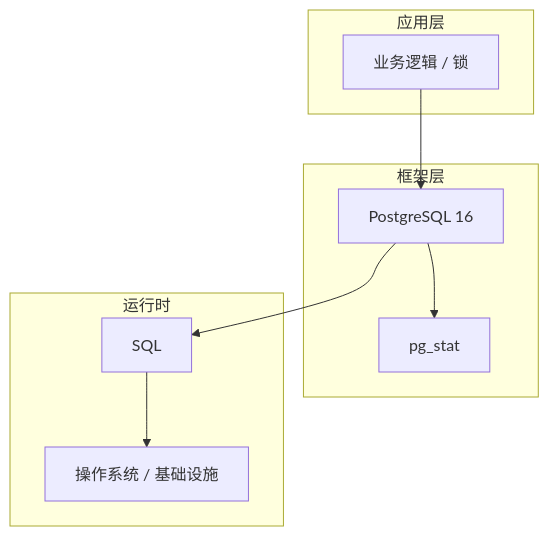
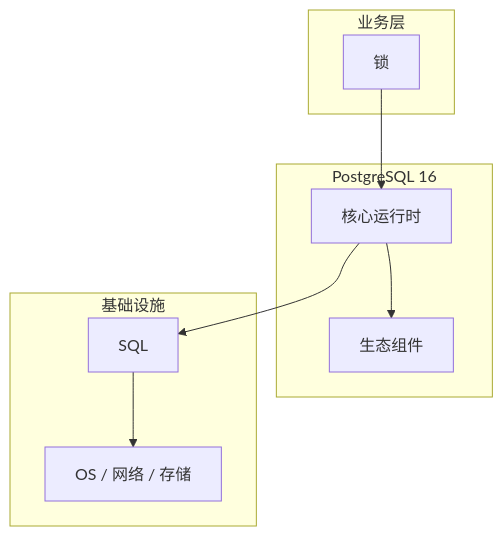
One commit to yanggan2015/knowledge-json-v2 changed the diagram in articles/PostgreSQL/chapters/043-锁核心概念与原理.md. Above: the diagram before and after it, drawn with Mermaid. The commit also changed other lines of this file and 10127 other files, not shown here.

````diff
--- a/articles/PostgreSQL/chapters/043-锁核心概念与原理.md
+++ b/articles/PostgreSQL/chapters/043-锁核心概念与原理.md
@@ -45,18 +34,18 @@
 ```mermaid
 graph TB
-    subgraph 应用层
-        A[业务逻辑 / 锁]
+    subgraph 业务层
+        A[锁]
     end
-    subgraph 框架层
-        B[PostgreSQL 16]
-        C[pg_stat]
+    subgraph PostgreSQL 16
+        B[核心运行时]
+        C[生态组件]
     end
-    subgraph 运行时
+    subgraph 基础设施
         D[SQL]
-        E[操作系统 / 基础设施]
+        E[OS / 网络 / 存储]
     end
     A --> B
     B --> C
     B --> D
     D --> E
 ```
````
